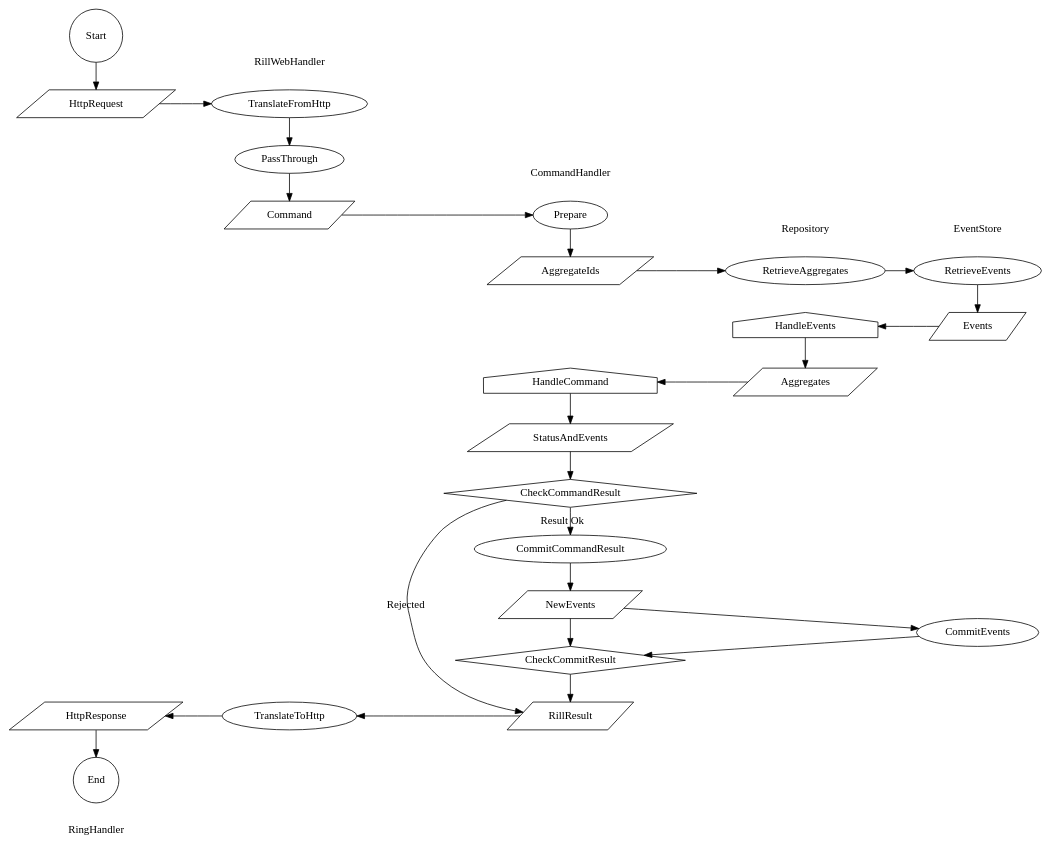
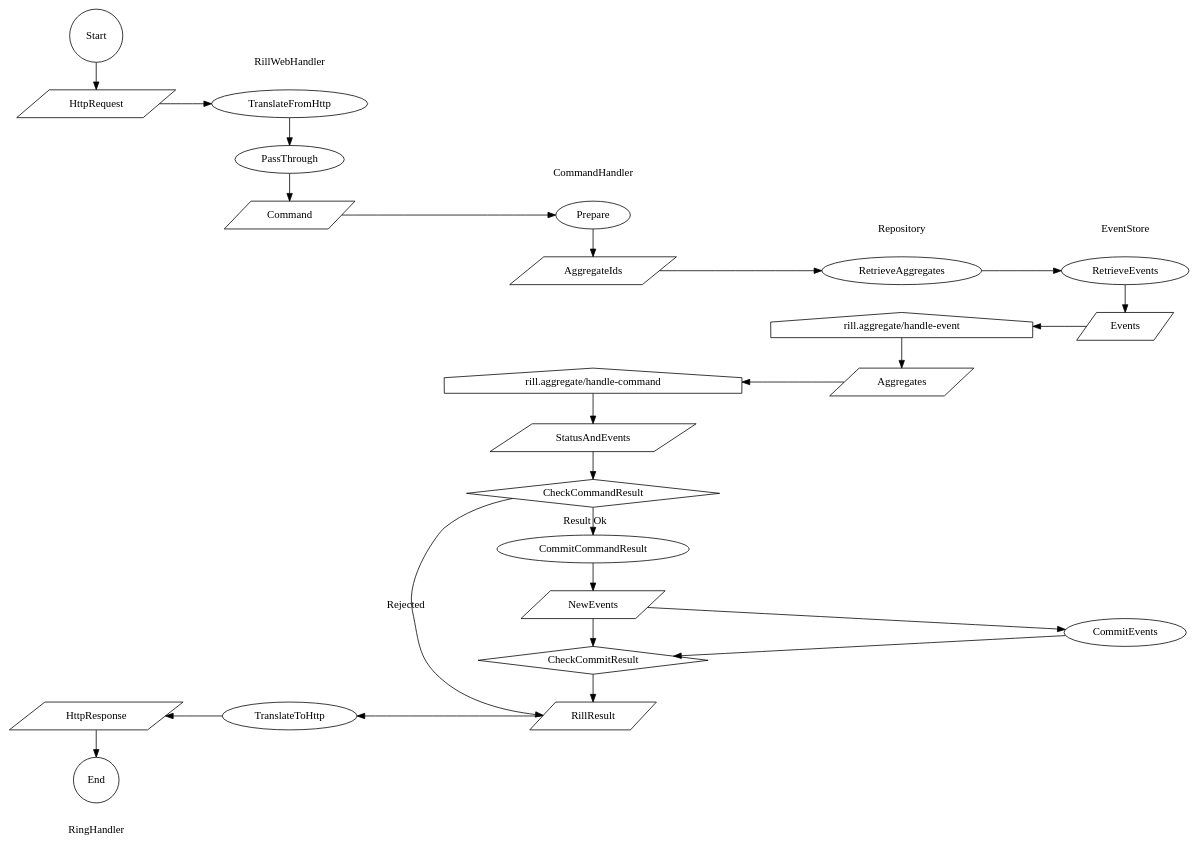
The diagram in doc/rill.org (rill-event-sourcing/rill), drawn with Graphviz before and after one commit.

Commit message:
Name multimethods in diagram

```diff
--- a/doc/rill.org
+++ b/doc/rill.org
@@ -43,7 +43,7 @@
       Prepare
       AggregateIds [shape=parallelogram]
 
-      HandleCommand [shape=house]
+      HandleCommand [shape=house label="rill.aggregate/handle-command"]
       StatusAndEvents [shape=parallelogram]
  
     
@@ -60,7 +60,7 @@
       rank=same
       Repository [shape=none]
       RetrieveAggregates
-      HandleEvents [shape=house]
+      HandleEvents [shape=house label="rill.aggregate/handle-event"]
       Aggregates [shape=parallelogram]
     }
   
```
